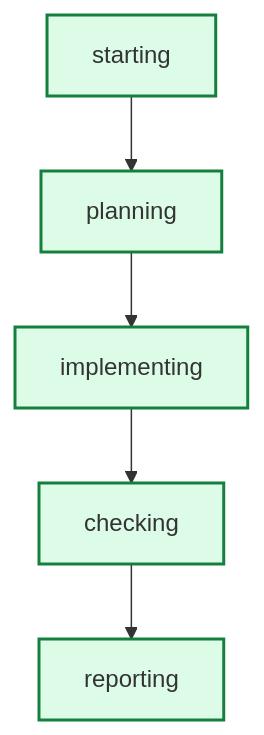
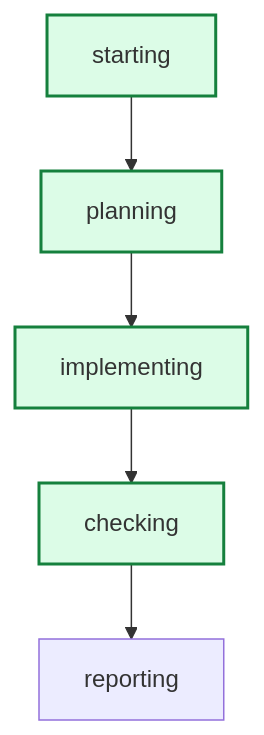
Before and after one commit to daniell0gda/hermes-feature-check-dashboard: the diagram in latest/graph.mmd, drawn with Mermaid. The commit also changed 22 other files, not shown here.

```diff
--- a/latest/graph.mmd
+++ b/latest/graph.mmd
@@ -1,14 +1,13 @@
 graph TD
     starting --> planning
     planning --> implementing
     implementing --> checking
     checking --> reporting
 
 classDef done fill:#dcfce7,stroke:#15803d,stroke-width:2px;
 classDef active fill:#dbeafe,stroke:#2563eb,stroke-width:3px;
 classDef failed fill:#fee2e2,stroke:#b42318,stroke-width:2px;
+class planning done;
 class implementing done;
 class checking done;
-class planning done;
 class starting done;
-class reporting done;
```
